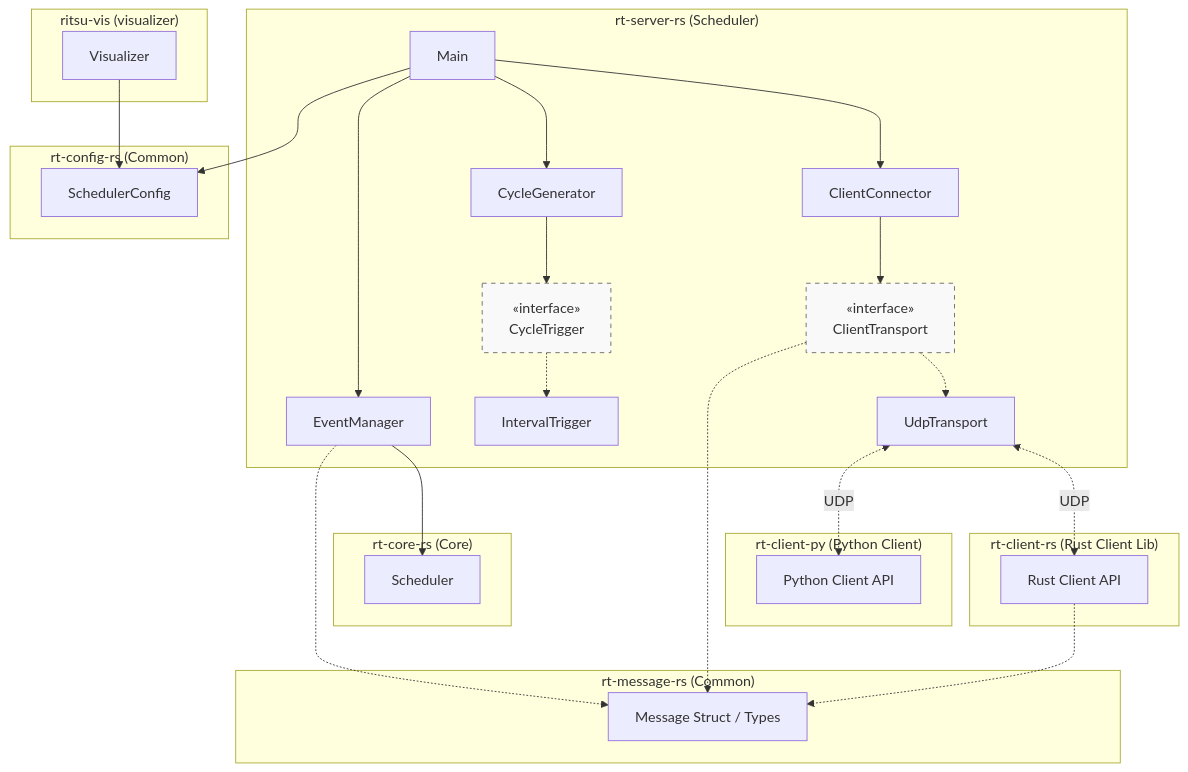
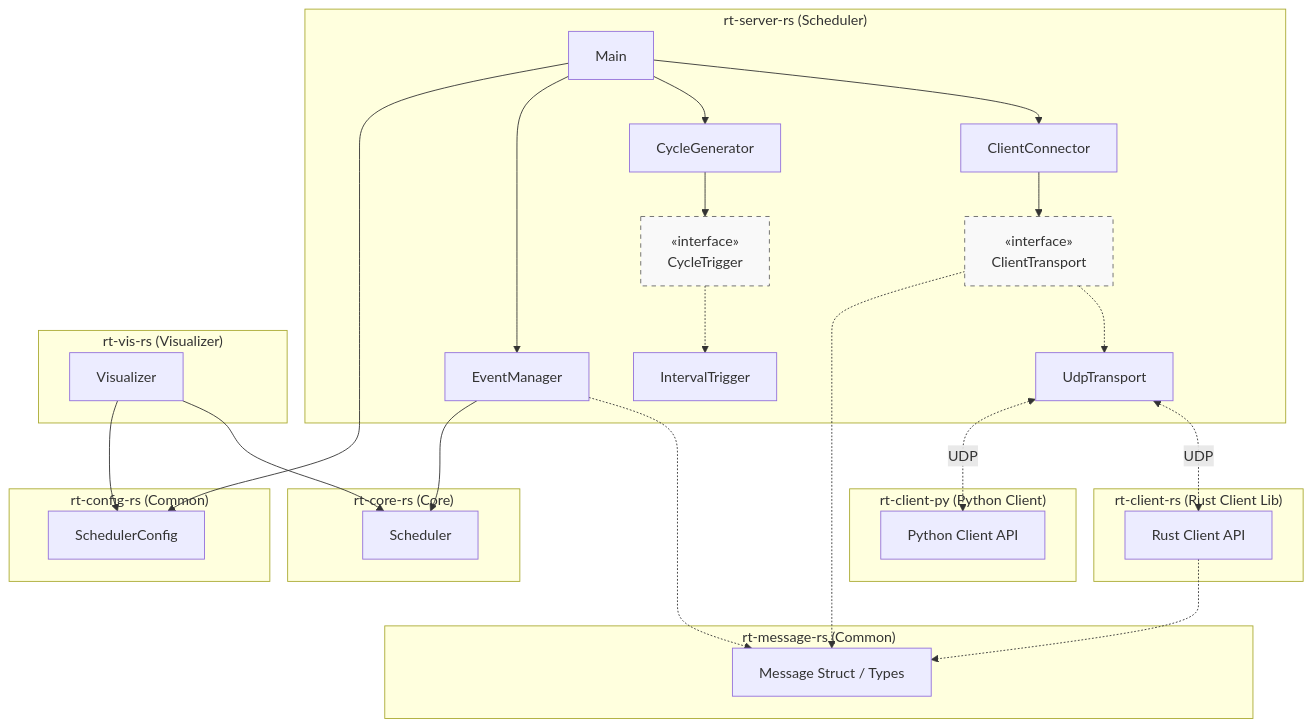
Before and after one commit to nao-kawano/ritsu-scheduler: the diagram in docs/README.md, drawn with Mermaid. The commit also changed 2 other files, not shown here.

Commit message:
docs: update readme and configuration for rt-vis
- Add rt-vis-rs to repository structure and update visualization feature status.
- Update structural diagram in docs/README.md to use correct rt-vis-rs name and add scheduler dependency.
- Correct client_id and depends types in configuration.md to match actual Rust implementations.

````diff
--- a/docs/README.md
+++ b/docs/README.md
@@ -7,73 +7,74 @@
 ```mermaid
 graph TD
     %% Server Project
     subgraph "rt-server-rs (Scheduler)"
         Main[Main]
         EM[EventManager]
 
         CG[CycleGenerator]
         CT["&laquo;interface&raquo;<br/>CycleTrigger"]
         IT[IntervalTrigger]
 
         CC[ClientConnector]
         CTr["&laquo;interface&raquo;<br/>ClientTransport"]
         UT[UdpTransport]
 
         Main --> CC
         Main --> CG
         Main --> EM
 
         CG --> CT
         CT -.-> IT
 
         CC --> CTr
         CTr -.-> UT
     end
 
     %% Config Project
     subgraph "rt-config-rs (Common)"
         SC[SchedulerConfig]
     end
 
     %% Core Project
     subgraph "rt-core-rs (Core)"
         SCH[Scheduler]
     end
 
     %% Client Projects
     subgraph "rt-client-rs (Rust Client Lib)"
         RCL[Rust Client API]
     end
     subgraph "rt-client-py (Python Client)"
         PCL[Python Client API]
     end
 
     %% Message Project
     subgraph "rt-message-rs (Common)"
         Msg[Message Struct / Types]
     end
 
     %% Visualization Project
-    subgraph "ritsu-vis (visualizer)"
+    subgraph "rt-vis-rs (Visualizer)"
         VIS[Visualizer]
     end
 
     %% Inter-project dependencies
     Main --> SC
+    EM -.-> Msg
     EM --> SCH
-    EM -.-> Msg
     CTr -.-> Msg
     RCL -.-> Msg
+    VIS --> SCH
     VIS --> SC
     %% for layout
     SCH ~~~ Msg
     PCL ~~~ Msg
 
     %% Communication Flow
     UT <-.->|UDP| RCL
     UT <-.->|UDP| PCL
 
     %% Styling
     style CT fill:#f9f9f9,stroke:#666,stroke-dasharray: 5 5
     style CTr fill:#f9f9f9,stroke:#666,stroke-dasharray: 5 5
 ```
````
